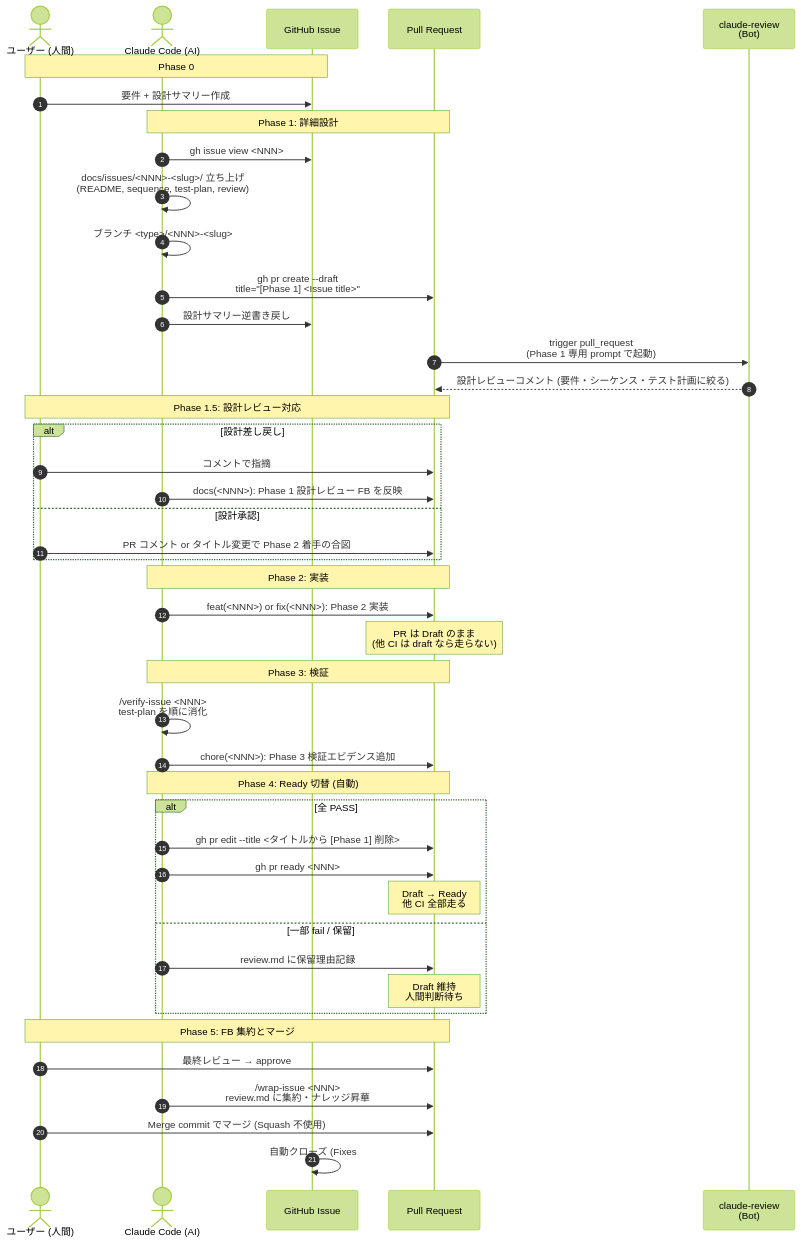
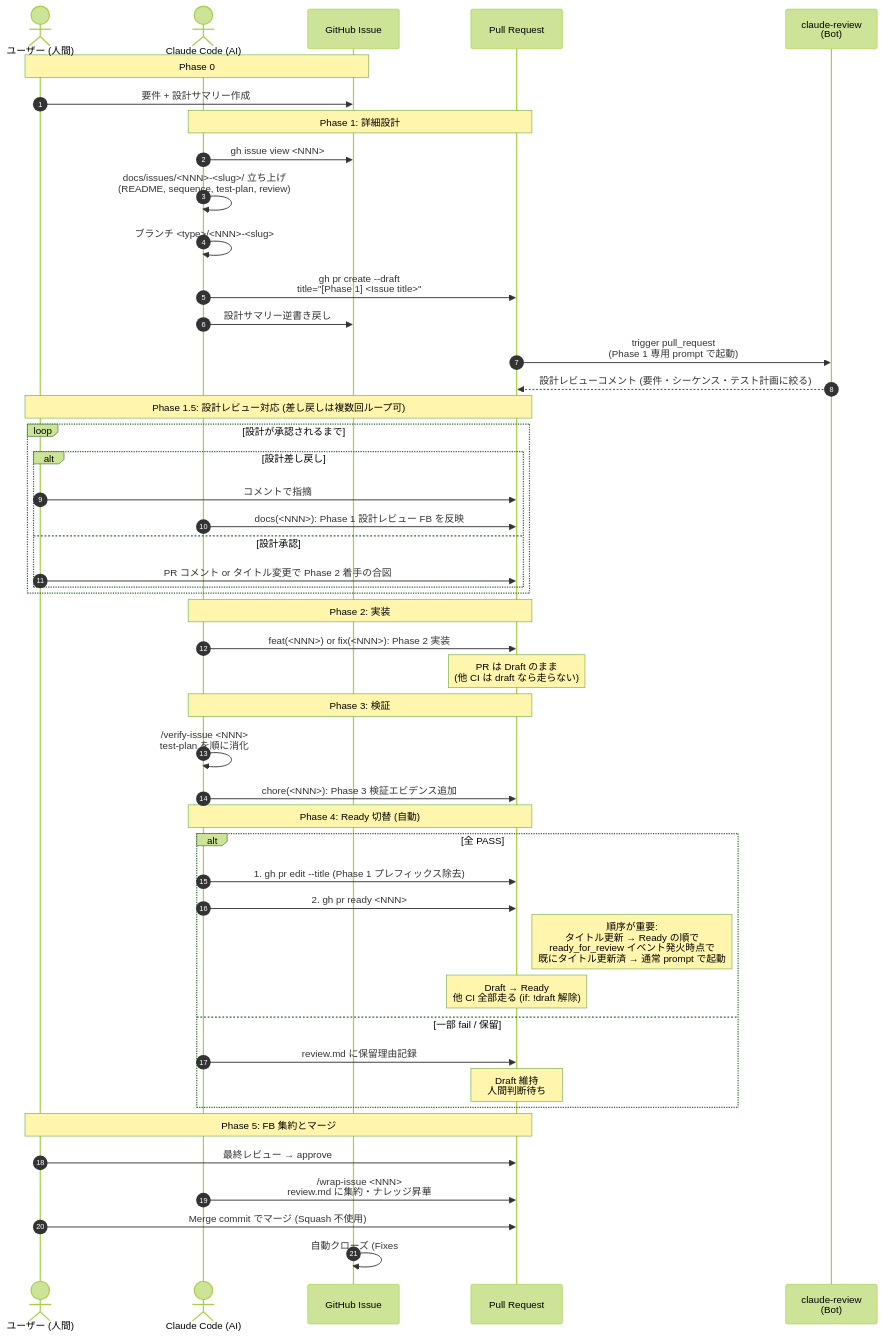
Before and after one commit to sode0417/factrail: the first of 2 diagrams in docs/issues/153-cycle-convention-v2/sequence.md, drawn with Mermaid (forest theme). The commit also changed other lines of this file and 2 other files, not shown here.

Commit message:
docs(153): Phase 1 設計レビュー FB を反映
claude-review (Bot) の指摘 9 件すべて取り込み (誤検知なし、全て正当):

sequence.md:
- Phase 1.5 ループブロック化 (差し戻し複数回対応)
- Phase 4 シーケンスにタイトル更新 → Ready の順序を明示
- Phase 4 判定スクリプトに |\| true と $title 取得を追記、順序の根拠を解説
- main push 後の待機時間を「~30 秒 (PR #152 では 0 秒で動いたが再現性のため)」に具体化

README.md:
- 大分類 H (main push 順序規約化) の受入条件を追加
- wrap-issue grep 強化を「具体的なコマンド例 2 件以上」に定量化
- コミット scope の使い分け規約を受入条件に追加
- PR タイトルフォーマット規約 (.claude/instructions.md) を受入条件に追加

test-plan.md:
- B-1/B-2 をタイトル更新 → gh pr ready の順序検証に変更 (1 イベント完結)
- B-2 の検証方法に gh run view --log を明記
- C-2 を C-2a (必須: SKILL.md 明記) と C-2b (D-3 成功時のみ: E2E) に分割
  D-3 失敗時は C-2a のみで満たす依存関係を明記

PR-Review: https://github.com/sode0417/factrail/pull/154#issuecomment-...
Refs: #153

````diff
--- a/docs/issues/153-cycle-convention-v2/sequence.md
+++ b/docs/issues/153-cycle-convention-v2/sequence.md
@@ -8,53 +8,56 @@
 ```mermaid
 sequenceDiagram
   autonumber
   actor User as ユーザー (人間)
   actor AI as Claude Code (AI)
   participant Issue as GitHub Issue
   participant PR as Pull Request
   participant CI as claude-review<br/>(Bot)
 
   Note over User,Issue: Phase 0
   User->>Issue: 要件 + 設計サマリー作成
 
   Note over AI,PR: Phase 1: 詳細設計
   AI->>Issue: gh issue view <NNN>
   AI->>AI: docs/issues/<NNN>-<slug>/ 立ち上げ<br/>(README, sequence, test-plan, review)
   AI->>AI: ブランチ <type>/<NNN>-<slug>
   AI->>PR: gh pr create --draft<br/>title="[Phase 1] <Issue title>"
   AI->>Issue: 設計サマリー逆書き戻し
   PR->>CI: trigger pull_request<br/>(Phase 1 専用 prompt で起動)
   CI-->>PR: 設計レビューコメント (要件・シーケンス・テスト計画に絞る)
 
-  Note over User,PR: Phase 1.5: 設計レビュー対応
-  alt 設計差し戻し
-    User->>PR: コメントで指摘
-    AI->>PR: docs(<NNN>): Phase 1 設計レビュー FB を反映
-  else 設計承認
-    User->>PR: PR コメント or タイトル変更で Phase 2 着手の合図
+  Note over User,PR: Phase 1.5: 設計レビュー対応 (差し戻しは複数回ループ可)
+  loop 設計が承認されるまで
+    alt 設計差し戻し
+      User->>PR: コメントで指摘
+      AI->>PR: docs(<NNN>): Phase 1 設計レビュー FB を反映
+    else 設計承認
+      User->>PR: PR コメント or タイトル変更で Phase 2 着手の合図
+    end
   end
 
   Note over AI,PR: Phase 2: 実装
   AI->>PR: feat(<NNN>) or fix(<NNN>): Phase 2 実装
   Note over PR: PR は Draft のまま<br/>(他 CI は draft なら走らない)
 
   Note over AI,PR: Phase 3: 検証
   AI->>AI: /verify-issue <NNN><br/>test-plan を順に消化
   AI->>PR: chore(<NNN>): Phase 3 検証エビデンス追加
 
   Note over AI,PR: Phase 4: Ready 切替 (自動)
   alt 全 PASS
-    AI->>PR: gh pr edit --title <タイトルから [Phase 1] 削除>
-    AI->>PR: gh pr ready <NNN>
-    Note over PR: Draft → Ready<br/>他 CI 全部走る
+    AI->>PR: 1. gh pr edit --title (Phase 1 プレフィックス除去)
+    AI->>PR: 2. gh pr ready <NNN>
+    Note right of PR: 順序が重要:<br/>タイトル更新 → Ready の順で<br/>ready_for_review イベント発火時点で<br/>既にタイトル更新済 → 通常 prompt で起動
+    Note over PR: Draft → Ready<br/>他 CI 全部走る (if: !draft 解除)
   else 一部 fail / 保留
     AI->>PR: review.md に保留理由記録
     Note over PR: Draft 維持<br/>人間判断待ち
   end
 
   Note over User,PR: Phase 5: FB 集約とマージ
   User->>PR: 最終レビュー → approve
   AI->>PR: /wrap-issue <NNN><br/>review.md に集約・ナレッジ昇華
   User->>PR: Merge commit でマージ (Squash 不使用)
   Issue->>Issue: 自動クローズ (Fixes #<NNN>)
 ```
````
